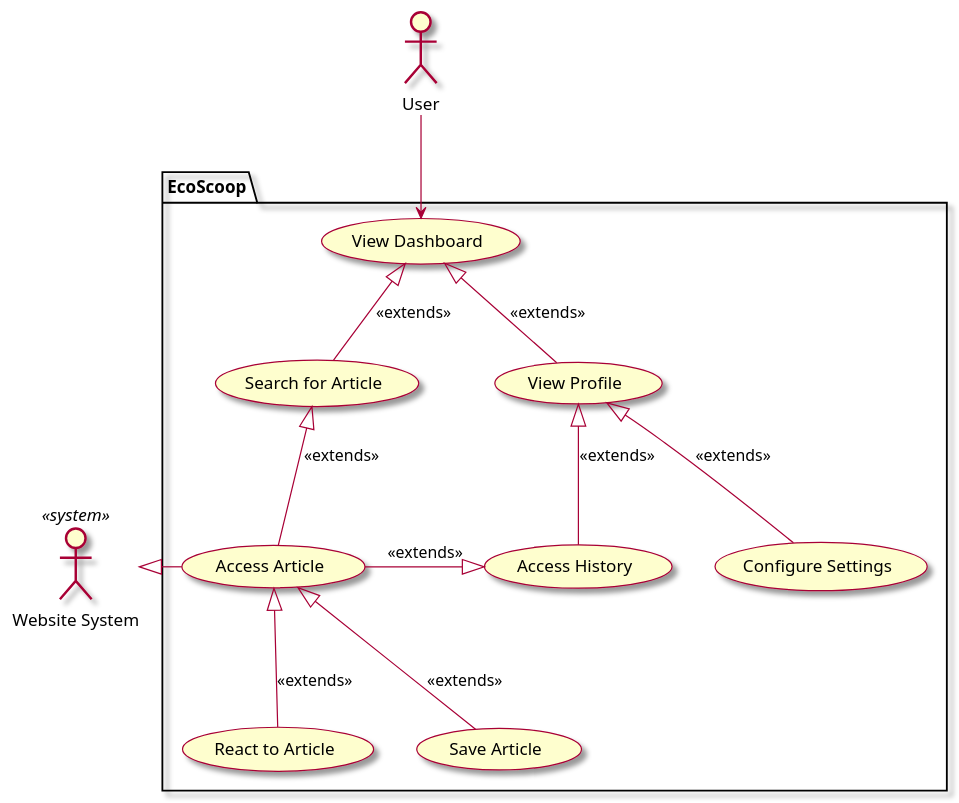
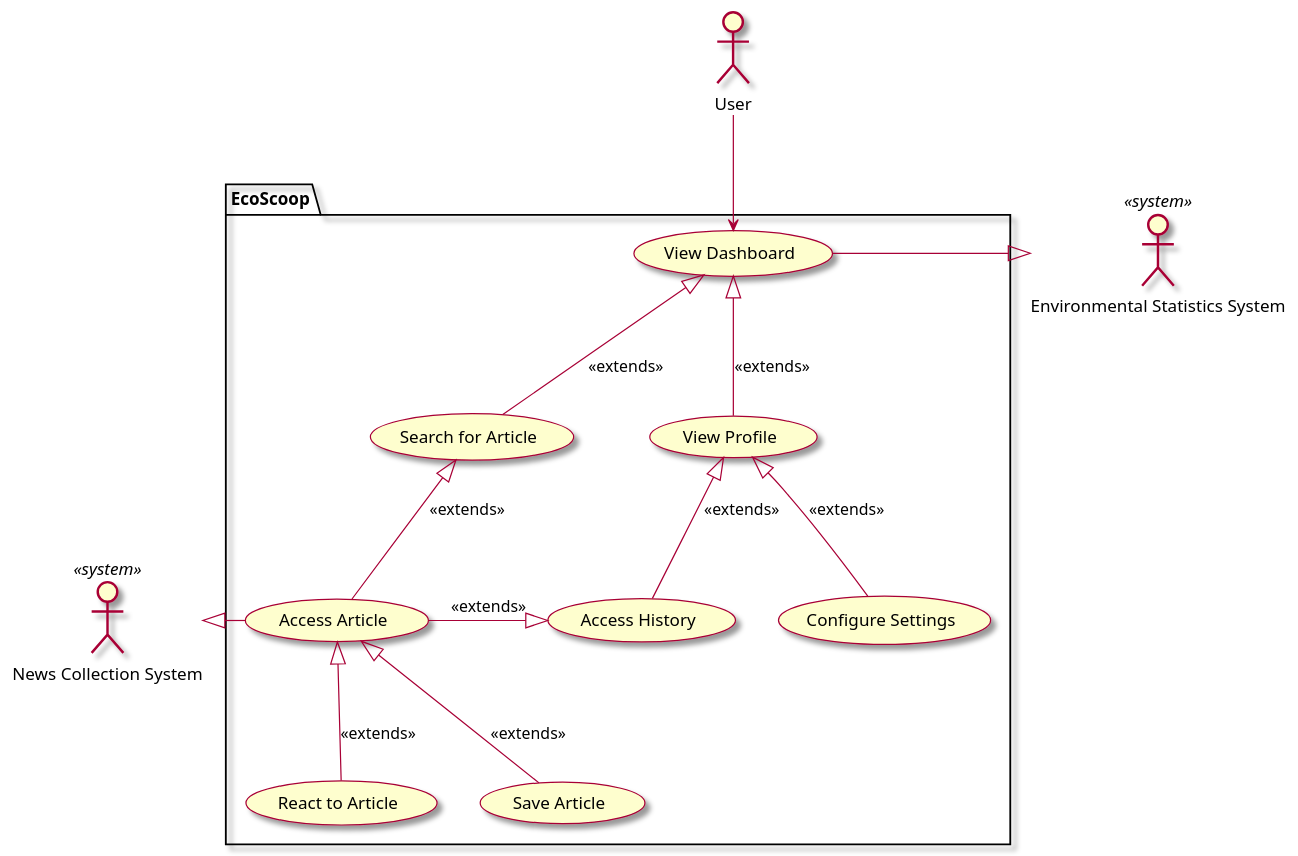
One commit to owhitleym-ui/EcoScoop changed the diagram in intellij/doc/vision.md. Above: the diagram before and after it, drawn with PlantUML. The commit also changed 12 other files, not shown here.

````diff
--- a/intellij/doc/vision.md
+++ b/intellij/doc/vision.md
@@ -28,45 +28,48 @@
 ```plantuml
 @startuml
 skin rose
 
 'human actors
 actor "User" as user
 
 'system actors
-actor "Website System" <<system>> as internetSystem
+actor "News Collection System" <<system>> as internetSystem
+actor "Environmental Statistics System" <<system>> as envSystem
 
 ' list all use cases in package
 package EcoScoop{
  
     usecase "Access Article" as accessArticle
     usecase "Search for Article" as searchArticle
     usecase "React to Article" as reactArticle
     usecase "Save Article" as saveArticle
     usecase "View Profile" as viewProfile
     usecase "Configure Settings" as changeSettings
     usecase "Access History" as accessHistory
     usecase "View Dashboard" as viewDashboard
 }
 
 'list associations
 user --> viewDashboard
 
 viewDashboard <|-down- searchArticle : <<extends>>
 viewDashboard <|-down- viewProfile : <<extends>>
 
 
 searchArticle <|-down- accessArticle : <<extends>>
 
 
 accessArticle <|-down- reactArticle : <<extends>>
 accessArticle <|-down- saveArticle : <<extends>>
 
 internetSystem <|-right- accessArticle 
 
+envSystem <|-r- viewDashboard 
+
 viewProfile <|-down- accessHistory : <<extends>>
 accessHistory <|-l- accessArticle : <<extends>>
 viewProfile <|-- changeSettings : <<extends>>
 
 
 @enduml
 ```
````
